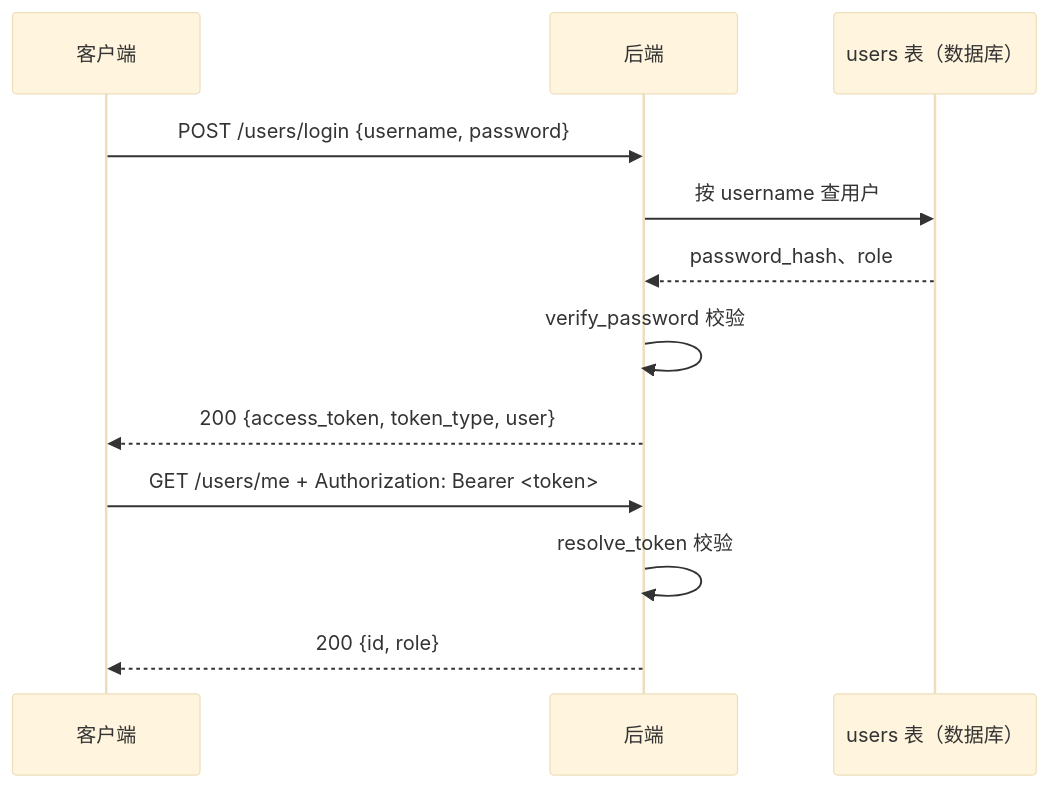
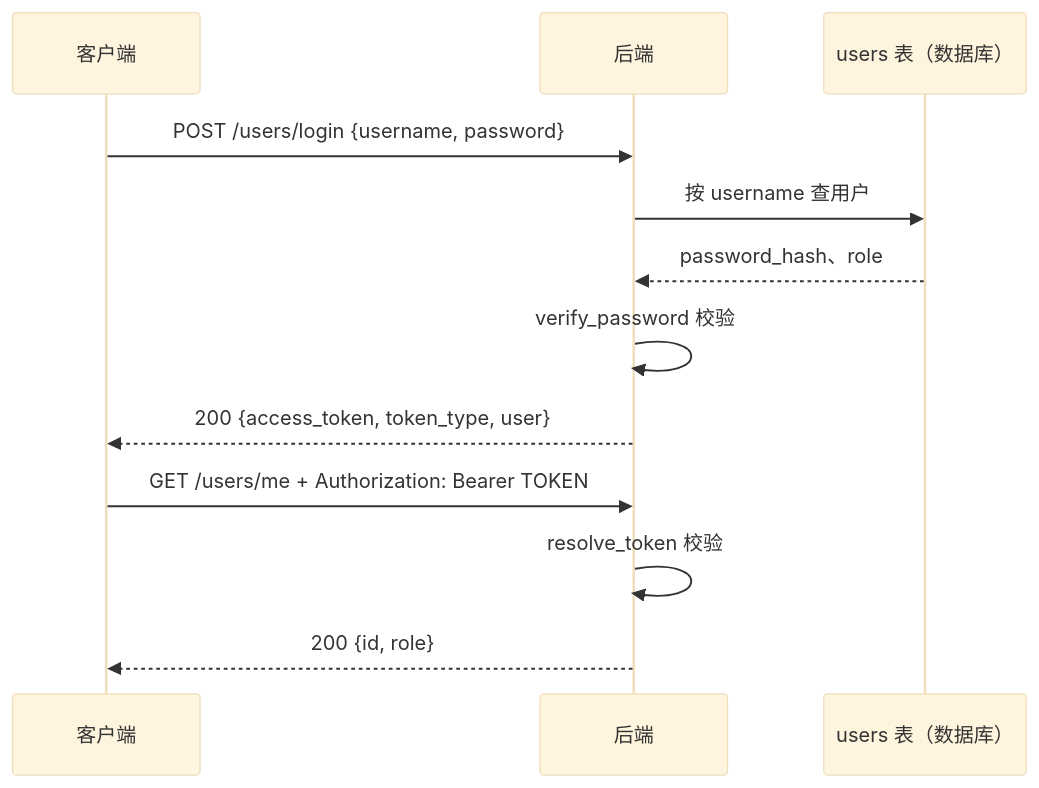
Before and after one commit to PrinZzzzjn/software-engineering-textbook: the diagram in 软件工程实践-2.0/08-用户模块-登录认证.md, drawn with Mermaid (base theme). The commit also changed other lines of this file and 51 other files, not shown here.

````diff
--- a/软件工程实践-2.0/08-用户模块-登录认证.md
+++ b/软件工程实践-2.0/08-用户模块-登录认证.md
@@ -282,14 +282,14 @@
 ```mermaid
 sequenceDiagram
     participant C as 客户端
     participant S as 后端
     participant T as users 表（数据库）
     C->>S: POST /users/login {username, password}
     S->>T: 按 username 查用户
     T-->>S: password_hash、role
     S->>S: verify_password 校验
     S-->>C: 200 {access_token, token_type, user}
-    C->>S: GET /users/me + Authorization: Bearer <token>
+    C->>S: GET /users/me + Authorization: Bearer TOKEN
     S->>S: resolve_token 校验
     S-->>C: 200 {id, role}
 ```
````
